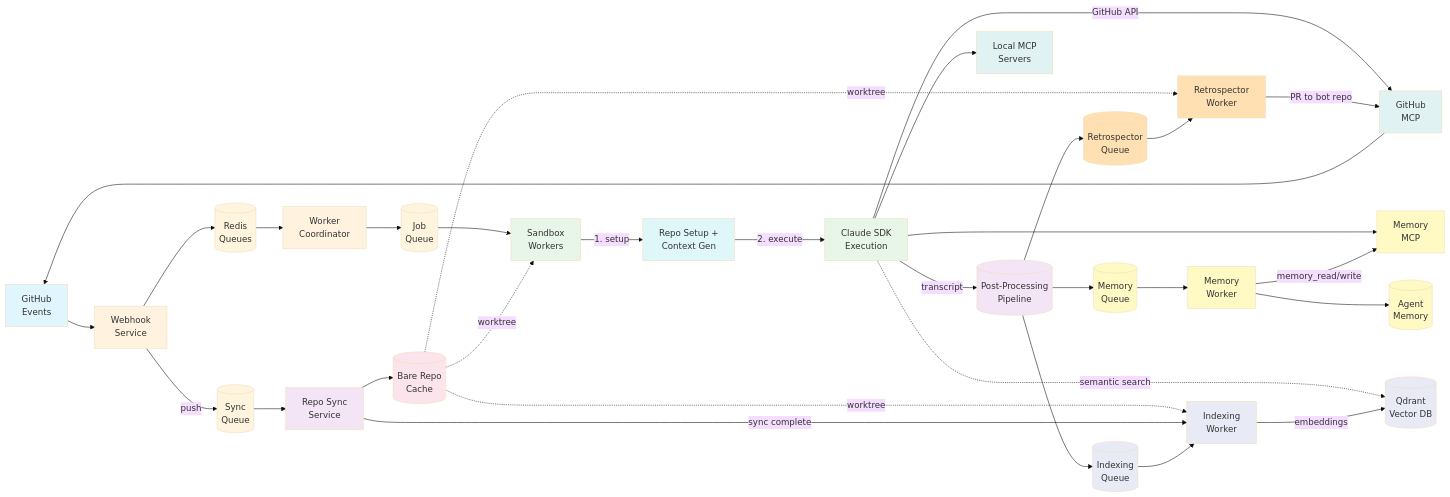
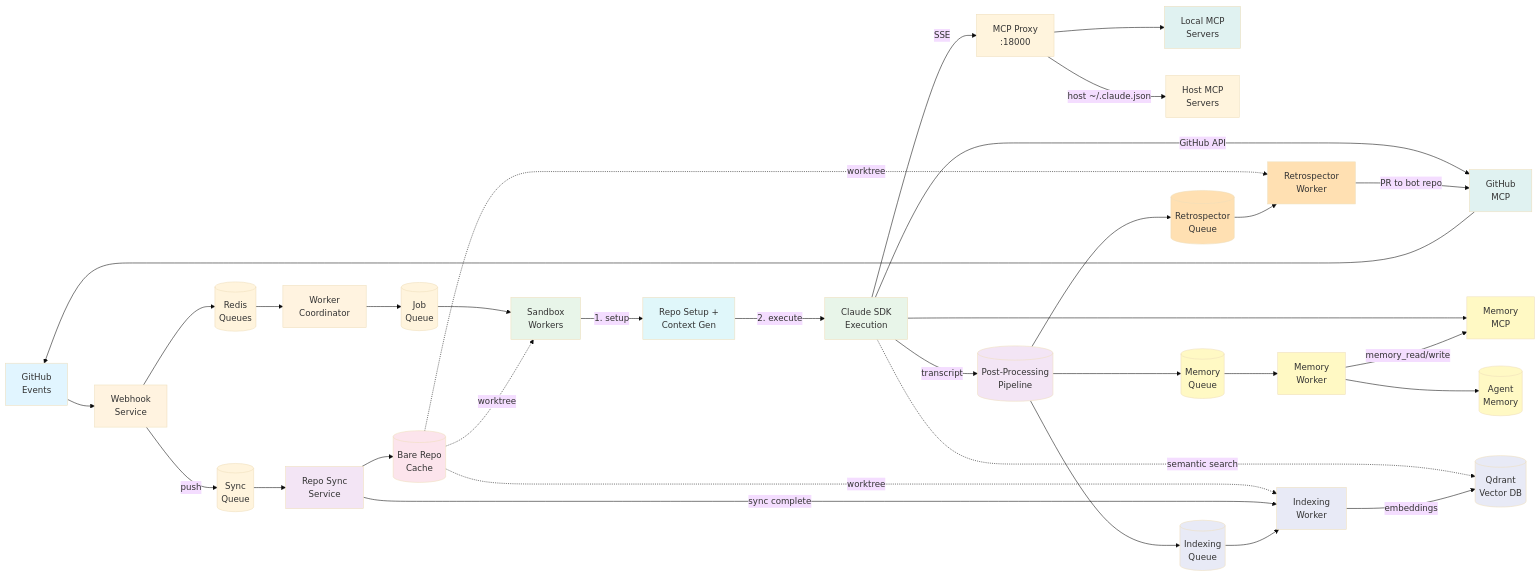
One commit to GabsFranke/claude-code-github-agent changed the diagram in docs/ARCHITECTURE.md. Above: the diagram before and after it, drawn with Mermaid (base theme). The commit also changed other lines of this file and 4 other files, not shown here.

Commit message:
docs: add documentation for project workflows, configuration, development, and architecture

````diff
--- a/docs/ARCHITECTURE.md
+++ b/docs/ARCHITECTURE.md
@@ -33,65 +34,67 @@
 ```mermaid
 flowchart LR
     GH[GitHub<br/>Events] --> WH[Webhook<br/>Service]
 
     WH --> RQ[(Redis<br/>Queues)]
     WH --> |push| SYNCQ[(Sync<br/>Queue)]
 
     RQ --> W[Worker<br/>Coordinator]
     SYNCQ --> RS[Repo Sync<br/>Service]
 
     W --> JQ[(Job<br/>Queue)]
     RS --> CACHE[(Bare Repo<br/>Cache)]
 
     JQ --> SW[Sandbox<br/>Workers]
     CACHE -.->|worktree| SW
     CACHE -.->|worktree| IDX
     CACHE -.->|worktree| RETRO
 
     SW --> |1. setup| PREP[Repo Setup +<br/>Context Gen]
     PREP --> |2. execute| AGENT[Claude SDK<br/>Execution]
 
     AGENT --> |GitHub API| MCP[GitHub<br/>MCP]
     AGENT --> |transcript| PP[(Post-Processing<br/>Pipeline)]
     AGENT --> MEM_MCP[Memory<br/>MCP]
-    AGENT --> LOCAL_MCP[Local MCP<br/>Servers]
+    AGENT --> |SSE| MCPPROXY[MCP Proxy<br/>:18000]
+    MCPPROXY --> LOCAL_MCP[Local MCP<br/>Servers]
+    MCPPROXY --> |host ~/.claude.json| HOST_MCP[Host MCP<br/>Servers]
     AGENT -.->|semantic search| QDRANT
 
     PP --> MEMQ[(Memory<br/>Queue)]
     PP --> RETROQ[(Retrospector<br/>Queue)]
     PP --> IDXQ[(Indexing<br/>Queue)]
 
     MEMQ --> MW[Memory<br/>Worker]
     MW --> |memory_read/write| MEM_MCP
     MW --> MEM_VOL[(Agent<br/>Memory)]
 
     RETROQ --> RETRO[Retrospector<br/>Worker]
     RETRO --> |PR to bot repo| MCP
 
     RS --> |sync complete| IDX[Indexing<br/>Worker]
     IDXQ --> IDX
     IDX --> |embeddings| QDRANT[(Qdrant<br/>Vector DB)]
 
     MCP --> GH
 
     style GH fill:#e1f5ff
     style WH fill:#fff3e0
     style W fill:#fff3e0
     style RS fill:#f3e5f5
     style SW fill:#e8f5e9
     style PREP fill:#e0f7fa
     style AGENT fill:#e8f5e9
     style CACHE fill:#fce4ec
     style MCP fill:#e0f2f1
     style MW fill:#fff9c4
     style MEM_MCP fill:#fff9c4
     style MEM_VOL fill:#fff9c4
     style MEMQ fill:#fff9c4
     style RETRO fill:#ffe0b2
     style RETROQ fill:#ffe0b2
     style PP fill:#f3e5f5
     style IDX fill:#e8eaf6
     style QDRANT fill:#e8eaf6
     style IDXQ fill:#e8eaf6
     style LOCAL_MCP fill:#e0f2f1
 ```
````
